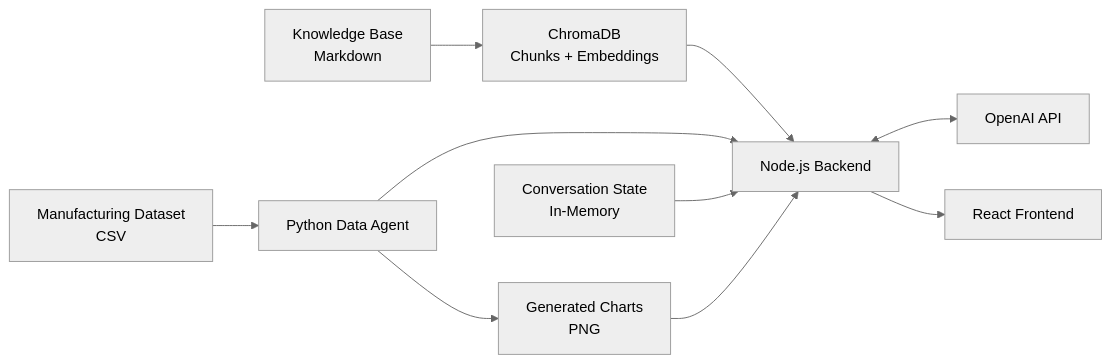
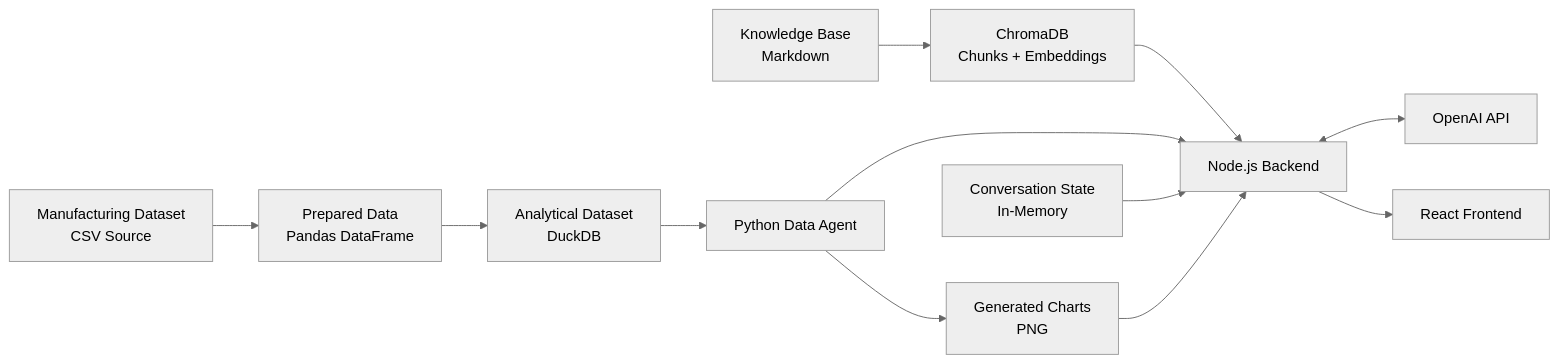
The first of 5 diagrams in docs/it/04_Data_Model.md (marcosaccani1/maranello-ai), drawn with Mermaid (neutral theme) before and after one commit. The commit also changed other lines of this file and 8 other files, not shown here.

````diff
--- a/docs/it/04_Data_Model.md
+++ b/docs/it/04_Data_Model.md
@@ -327,39 +331,45 @@
 ```mermaid
 flowchart LR
 
-    Dataset["Manufacturing Dataset<br/>CSV"]
+    Dataset["Manufacturing Dataset<br/>CSV Source"]
+
+    Prepared["Prepared Data<br/>Pandas DataFrame"]
+
+    DuckDB["Analytical Dataset<br/>DuckDB"]
 
     DataAgent["Python Data Agent"]
 
     KB["Knowledge Base<br/>Markdown"]
 
     Vector["ChromaDB<br/>Chunks + Embeddings"]
 
     Conversation["Conversation State<br/>In-Memory"]
 
     Backend["Node.js Backend"]
 
     OpenAI["OpenAI API"]
 
     Frontend["React Frontend"]
 
     Charts["Generated Charts<br/>PNG"]
 
-    Dataset --> DataAgent
+    Dataset --> Prepared
+    Prepared --> DuckDB
+    DuckDB --> DataAgent
 
     KB --> Vector
 
     Vector --> Backend
 
     DataAgent --> Backend
 
     Conversation --> Backend
 
     Backend <--> OpenAI
 
     DataAgent --> Charts
 
     Backend --> Frontend
 
     Charts --> Backend
 ```
````
